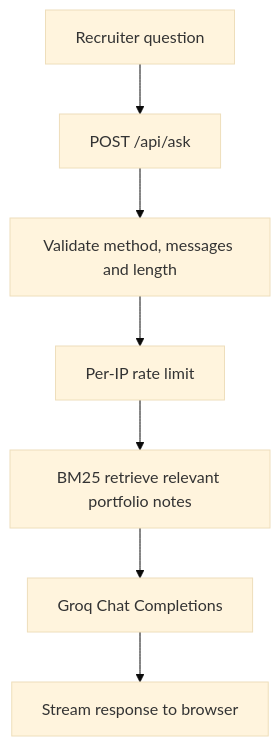
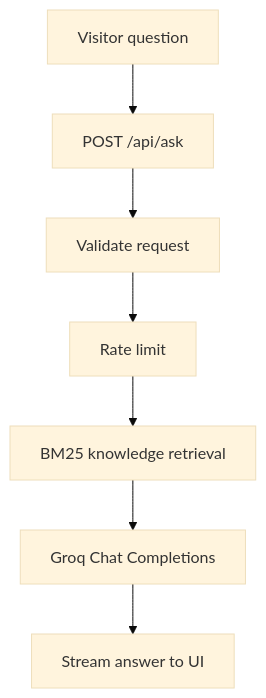
One commit to Divyamchoudharyy/Portfolio changed the diagram in README.md. Above: the diagram before and after it, drawn with Mermaid (base theme). The commit also changed other lines of this file, not shown here.

Commit message:
Update README with live portfolio and project overview

````diff
--- a/README.md
+++ b/README.md
@@ -94,9 +78,9 @@
 ```mermaid
 flowchart TD
-    A[Recruiter question] --> B[POST /api/ask]
-    B --> C[Validate method, messages and length]
-    C --> D[Per-IP rate limit]
-    D --> E[BM25 retrieve relevant portfolio notes]
+    A[Visitor question] --> B[POST /api/ask]
+    B --> C[Validate request]
+    C --> D[Rate limit]
+    D --> E[BM25 knowledge retrieval]
     E --> F[Groq Chat Completions]
-    F --> G[Stream response to browser]
+    F --> G[Stream answer to UI]
 ```
````
